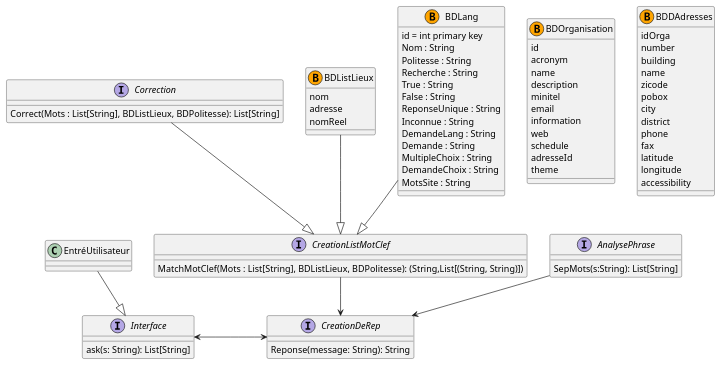
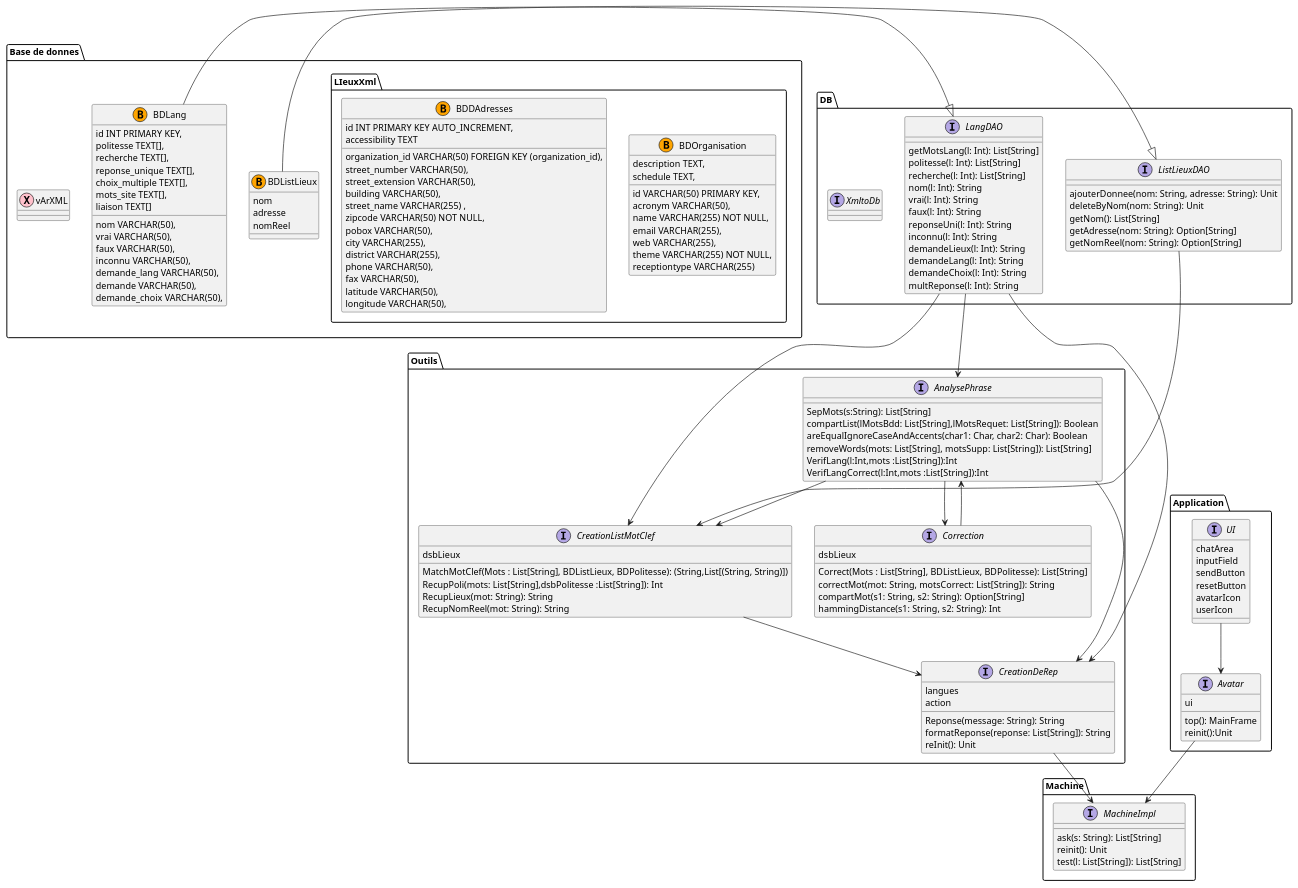
One commit to spc-ezual/AvatarProjet changed the diagram in doc/DiagrammeV2.plantuml. Above: the diagram before and after it, drawn with PlantUML. The commit also changed 11 other files, not shown here.

Commit message:
maj diagramme v2

```diff
--- a/doc/DiagrammeV2.plantuml
+++ b/doc/DiagrammeV2.plantuml
@@ -2,86 +2,162 @@
 @startuml Avatar
 
-interface CreationListMotClef{
-    MatchMotClef(Mots : List[String], BDListLieux, BDPolitesse): (String,List[(String, String)])
+
+package Application{
+    interface Avatar {
+        ui
+        top(): MainFrame
+        reinit():Unit
+    }
+    interface UI{
+        chatArea
+        inputField
+        sendButton
+        resetButton
+        avatarIcon
+        userIcon
+    }
 }
 
-interface AnalysePhrase{
-    SepMots(s:String): List[String]
-}
-interface CreationDeRep{
-    Reponse(message: String): String
-}
-interface Correction{
-    Correct(Mots : List[String], BDListLieux, BDPolitesse): List[String]
+
+package DB {
+    interface LangDAO{
+        getMotsLang(l: Int): List[String]
+        politesse(l: Int): List[String]
+        recherche(l: Int): List[String]
+        nom(l: Int): String
+        vrai(l: Int): String
+        faux(l: Int): String
+        reponseUni(l: Int): String
+        inconnu(l: Int): String
+        demandeLieux(l: Int): String
+        demandeLang(l: Int): String
+        demandeChoix(l: Int): String
+        multReponse(l: Int): String
+    }
+    interface ListLieuxDAO{
+        ajouterDonnee(nom: String, adresse: String): Unit
+        deleteByNom(nom: String): Unit
+        getNom(): List[String]
+        getAdresse(nom: String): Option[String]
+        getNomReel(nom: String): Option[String]
+    }
+    interface XmltoDb
 }
 
-interface Interface{
-    ask(s: String): List[String]
-    
+
+package Machine{
+    interface MachineImpl{
+        ask(s: String): List[String]
+        reinit(): Unit
+        test(l: List[String]): List[String]
+    }
 }
 
-Interface <-> CreationDeRep
-AnalysePhrase --> CreationDeRep
-Correction --|> CreationListMotClef
+
+package Outils{
+    interface CreationListMotClef{
+        dsbLieux
+
+        MatchMotClef(Mots : List[String], BDListLieux, BDPolitesse): (String,List[(String, String)])
+        RecupPoli(mots: List[String],dsbPolitesse :List[String]): Int
+        RecupLieux(mot: String): String
+        RecupNomReel(mot: String): String
+    }
+    interface AnalysePhrase{
 
 
-
-
-class BDListLieux <<(B,Orange)>>{
-    nom 
-    adresse
-    nomReel
+        SepMots(s:String): List[String]
+        compartList(lMotsBdd: List[String],lMotsRequet: List[String]): Boolean 
+        areEqualIgnoreCaseAndAccents(char1: Char, char2: Char): Boolean
+        removeWords(mots: List[String], motsSupp: List[String]): List[String]
+        VerifLang(l:Int,mots :List[String]):Int
+        VerifLangCorrect(l:Int,mots :List[String]):Int
+    }
+    interface CreationDeRep{
+        langues
+        action
+        Reponse(message: String): String
+        formatReponse(reponse: List[String]): String
+        reInit(): Unit
+    }
+    interface Correction{
+        dsbLieux
+        Correct(Mots : List[String], BDListLieux, BDPolitesse): List[String]
+        correctMot(mot: String, motsCorrect: List[String]): String
+        compartMot(s1: String, s2: String): Option[String]
+        hammingDistance(s1: String, s2: String): Int
+    }
 }
 
-class BDLang <<(B,Orange)>>{
-    id = int primary key
-    Nom : String
-    Politesse : String
-    Recherche : String
-    True : String
-    False : String
-    ReponseUnique : String
-    Inconnue : String
-    DemandeLang : String
-    Demande : String
-    MultipleChoix : String
-    DemandeChoix : String
-    MotsSite : String
+package "Base de donnes"{
+    class BDListLieux <<(B,Orange)>>{
+        nom 
+        adresse
+        nomReel
+    }
+    package LIeuxXml{
+        class BDOrganisation<<(B,Orange)>>{
+            id VARCHAR(50) PRIMARY KEY,
+            acronym VARCHAR(50),
+            name VARCHAR(255) NOT NULL,
+            description TEXT,
+            email VARCHAR(255),
+            web VARCHAR(255),
+            schedule TEXT,
+            theme VARCHAR(255) NOT NULL,
+            receptiontype VARCHAR(255)
+        }
+        class BDDAdresses<<(B,Orange)>>{
+            id INT PRIMARY KEY AUTO_INCREMENT,
+            organization_id VARCHAR(50) FOREIGN KEY (organization_id),
+            street_number VARCHAR(50),
+            street_extension VARCHAR(50),
+            building VARCHAR(50),
+            street_name VARCHAR(255) ,
+            zipcode VARCHAR(50) NOT NULL,
+            pobox VARCHAR(50),
+            city VARCHAR(255),
+            district VARCHAR(255),
+            phone VARCHAR(50),
+            fax VARCHAR(50),
+            latitude VARCHAR(50),
+            longitude VARCHAR(50),
+            accessibility TEXT
+        }
+    }
+    class BDLang <<(B,Orange)>>{
+        id INT PRIMARY KEY,
+        nom VARCHAR(50),
+        politesse TEXT[],
+        recherche TEXT[],
+        vrai VARCHAR(50),
+        faux VARCHAR(50),
+        reponse_unique TEXT[],
+        inconnu VARCHAR(50),
+        demande_lang VARCHAR(50),
+        demande VARCHAR(50),
+        choix_multiple TEXT[],
+        demande_choix VARCHAR(50),
+        mots_site TEXT[],
+        liaison TEXT[]
 
+    }
+    class vArXML<<(X , Pink)>>
 }
-class BDOrganisation<<(B,Orange)>>{
-    id
-    acronym
-    name
-    description
-    minitel
-    email
-    information
-    web
-    schedule
-    adresseId
-    theme
-}
-class BDDAdresses<<(B,Orange)>>{
-    idOrga
-    number
-    building
-    name
-    zicode
-    pobox
-    city
-    district
-    phone
-    fax
-    latitude
-    longitude
-    accessibility
-}
+
+ListLieuxDAO --> CreationListMotClef
+LangDAO --> CreationListMotClef
+AnalysePhrase --> CreationListMotClef
+LangDAO --> AnalysePhrase
+Correction --> AnalysePhrase
+AnalysePhrase --> Correction
+LangDAO --> CreationDeRep
+AnalysePhrase --> CreationDeRep
 CreationListMotClef --> CreationDeRep
-BDListLieux --|> CreationListMotClef
-BDLang --|> CreationListMotClef
-
-EntréUtilisateur --|> Interface
-
+BDLang -|> LangDAO
+BDListLieux-|> ListLieuxDAO
+Avatar --> MachineImpl
+CreationDeRep --> MachineImpl
+UI --> Avatar
 
 @enduml
```
